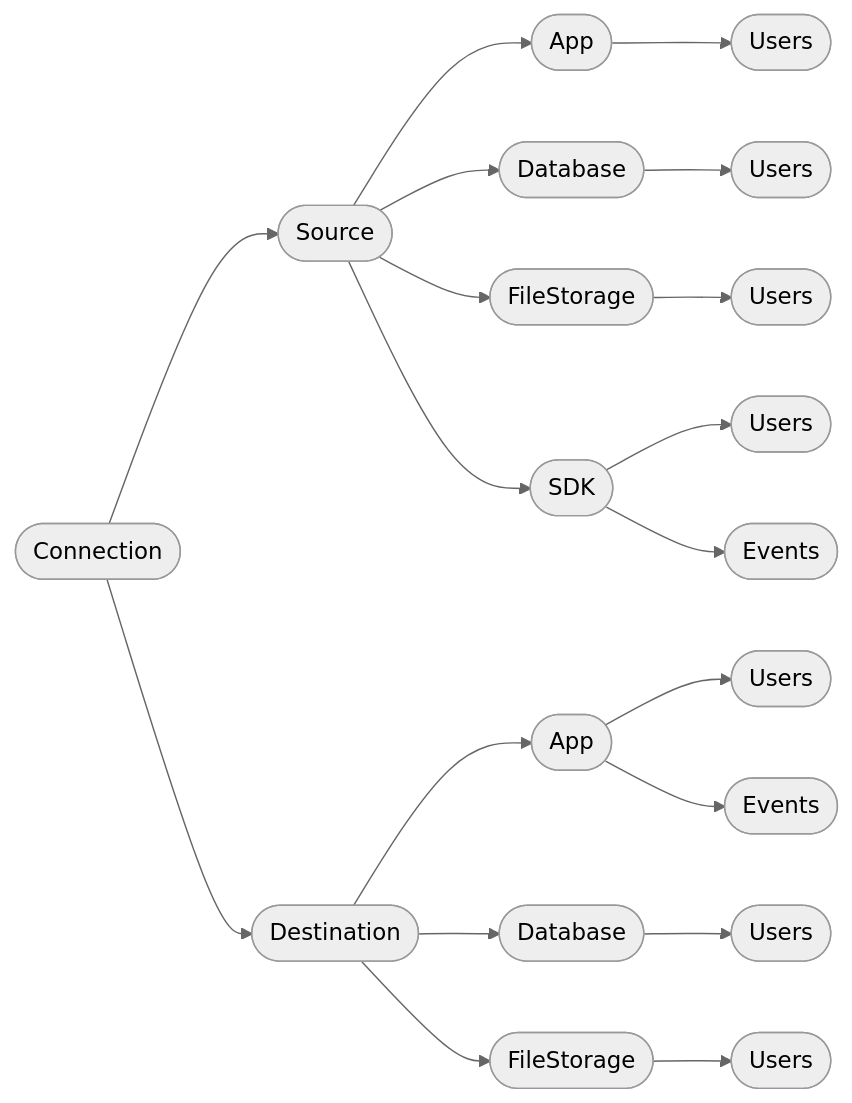
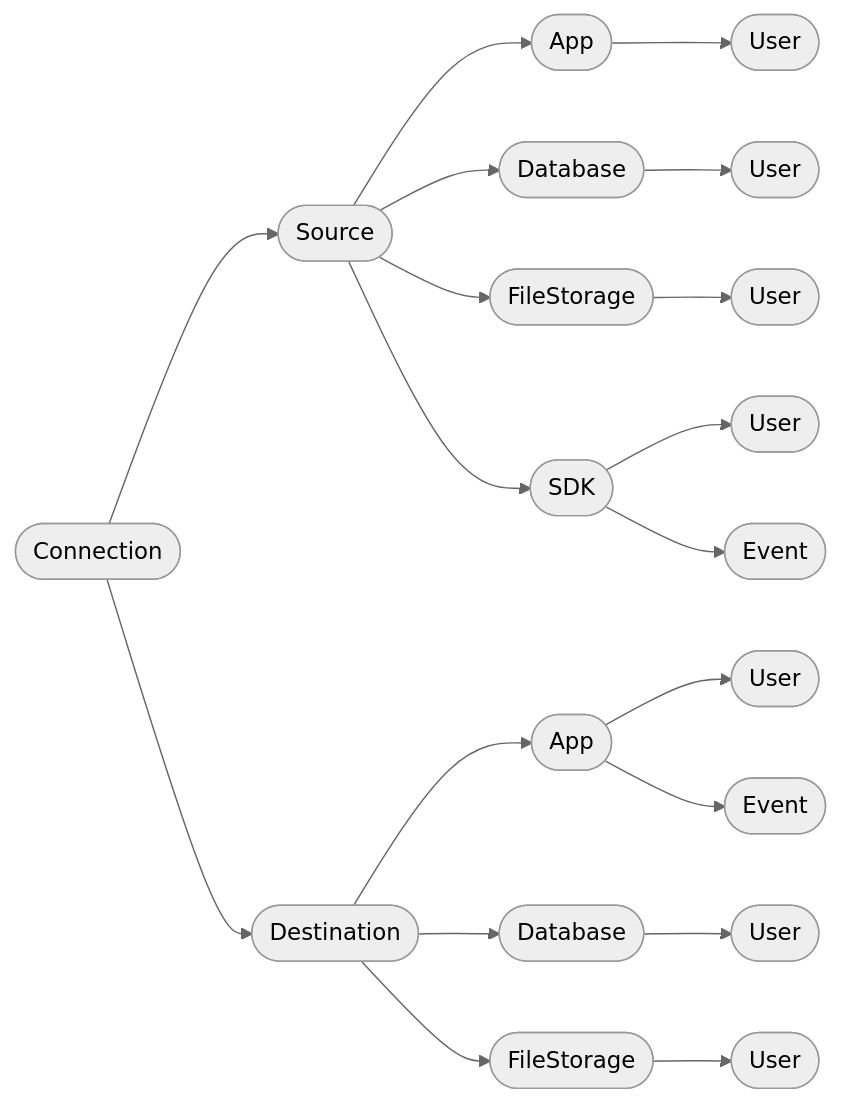
The diagram in core/Actions.md (krenalis/krenalis), drawn with Mermaid before and after one commit. The commit also changed 87 other files, not shown here.

````diff
--- a/core/Actions.md
+++ b/core/Actions.md
@@ -7,24 +7,24 @@
 ```mermaid
 %%{init: {'theme':'neutral'}}%%
 graph LR
 
 	conn([Connection]) --> source([Source])
 	conn --> dest([Destination])
 	
-	source --> source_app(["App"]) --> source_app_users(["Users"])
-	source --> source_db(["Database"]) --> source_db_users(["Users"])
-	source --> source_fileStorage(["FileStorage"]) --> source_fileStorage_users(["Users"])
+	source --> source_app(["App"]) --> source_app_users(["User"])
+	source --> source_db(["Database"]) --> source_db_users(["User"])
+	source --> source_fileStorage(["FileStorage"]) --> source_fileStorage_users(["User"])
 	source --> source_events_based([SDK])
 	
-	source_events_based --> source_events_based_users(["Users"])
-	source_events_based --> source_events_based_events(["Events"])
+	source_events_based --> source_events_based_users(["User"])
+	source_events_based --> source_events_based_events(["Event"])
 	
 	dest --> dest_app([App])
-	dest --> dest_db(["Database"]) --> dest_db_users(["Users"])
-	dest --> dest_fileStorage(["FileStorage"]) --> dest_fileStorage_users(["Users"])
+	dest --> dest_db(["Database"]) --> dest_db_users(["User"])
+	dest --> dest_fileStorage(["FileStorage"]) --> dest_fileStorage_users(["User"])
 	
-	dest_app --> dest_app_users(["Users"])
-	dest_app --> dest_app_events([Events])
+	dest_app --> dest_app_users(["User"])
+	dest_app --> dest_app_events([Event])
 	
 
 ```
````
